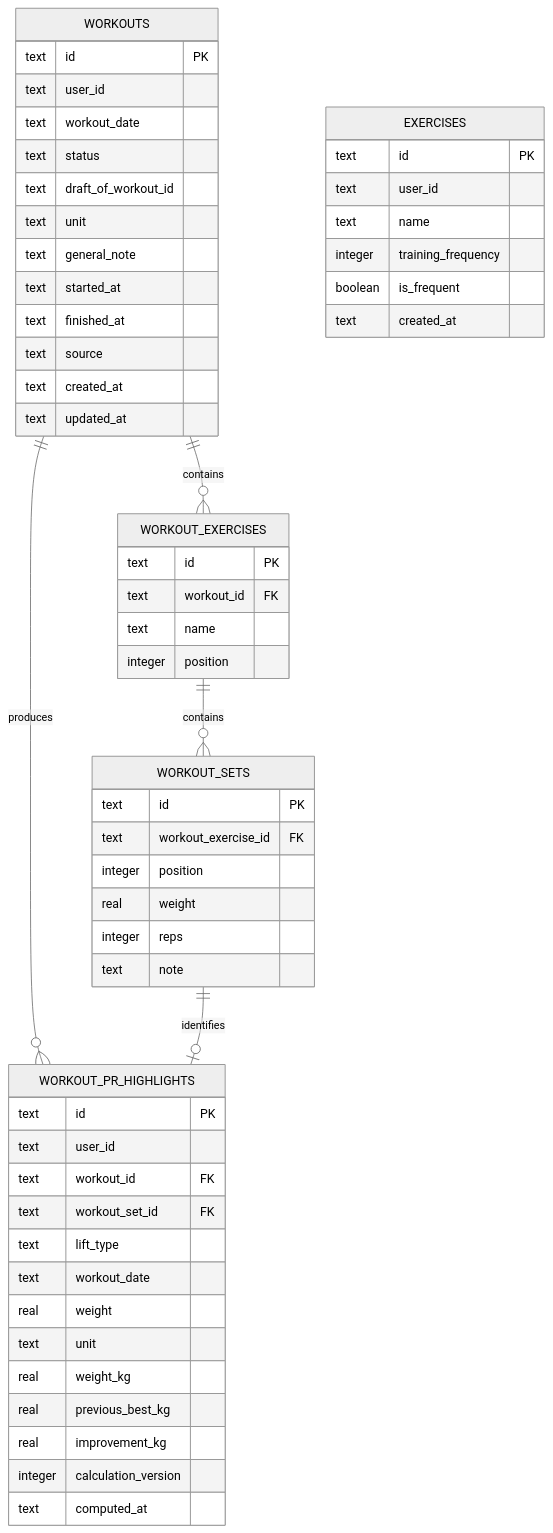
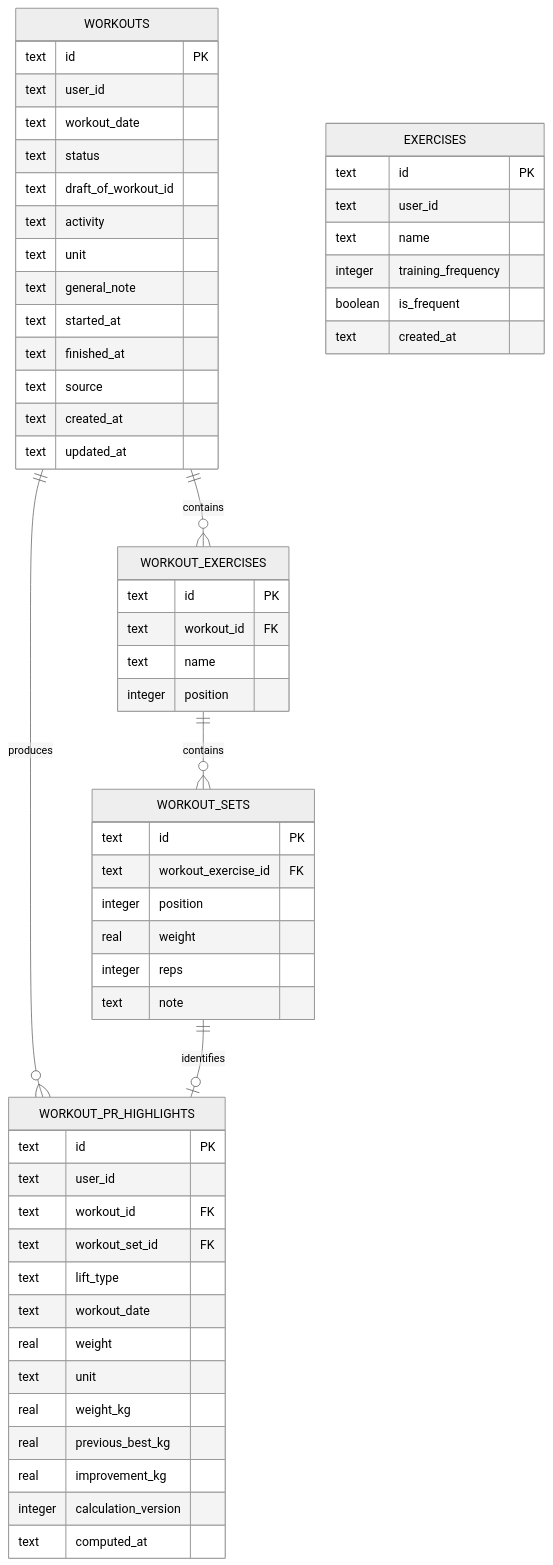
Before and after one commit to jiabin-liu/repnote: the second of 2 diagrams in technical.md, drawn with Mermaid (neutral theme). The commit also changed other lines of this file and 9 other files, not shown here.

````diff
--- a/technical.md
+++ b/technical.md
@@ -149,59 +149,60 @@
 ```mermaid
 erDiagram
   WORKOUTS ||--o{ WORKOUT_EXERCISES : contains
   WORKOUT_EXERCISES ||--o{ WORKOUT_SETS : contains
   WORKOUTS ||--o{ WORKOUT_PR_HIGHLIGHTS : produces
   WORKOUT_SETS ||--o| WORKOUT_PR_HIGHLIGHTS : identifies
 
   WORKOUTS {
     text id PK
     text user_id
     text workout_date
     text status
     text draft_of_workout_id
+    text activity
     text unit
     text general_note
     text started_at
     text finished_at
     text source
     text created_at
     text updated_at
   }
   WORKOUT_EXERCISES {
     text id PK
     text workout_id FK
     text name
     integer position
   }
   WORKOUT_SETS {
     text id PK
     text workout_exercise_id FK
     integer position
     real weight
     integer reps
     text note
   }
   EXERCISES {
     text id PK
     text user_id
     text name
     integer training_frequency
     boolean is_frequent
     text created_at
   }
   WORKOUT_PR_HIGHLIGHTS {
     text id PK
     text user_id
     text workout_id FK
     text workout_set_id FK
     text lift_type
     text workout_date
     real weight
     text unit
     real weight_kg
     real previous_best_kg
     real improvement_kg
     integer calculation_version
     text computed_at
   }
 ```
````
